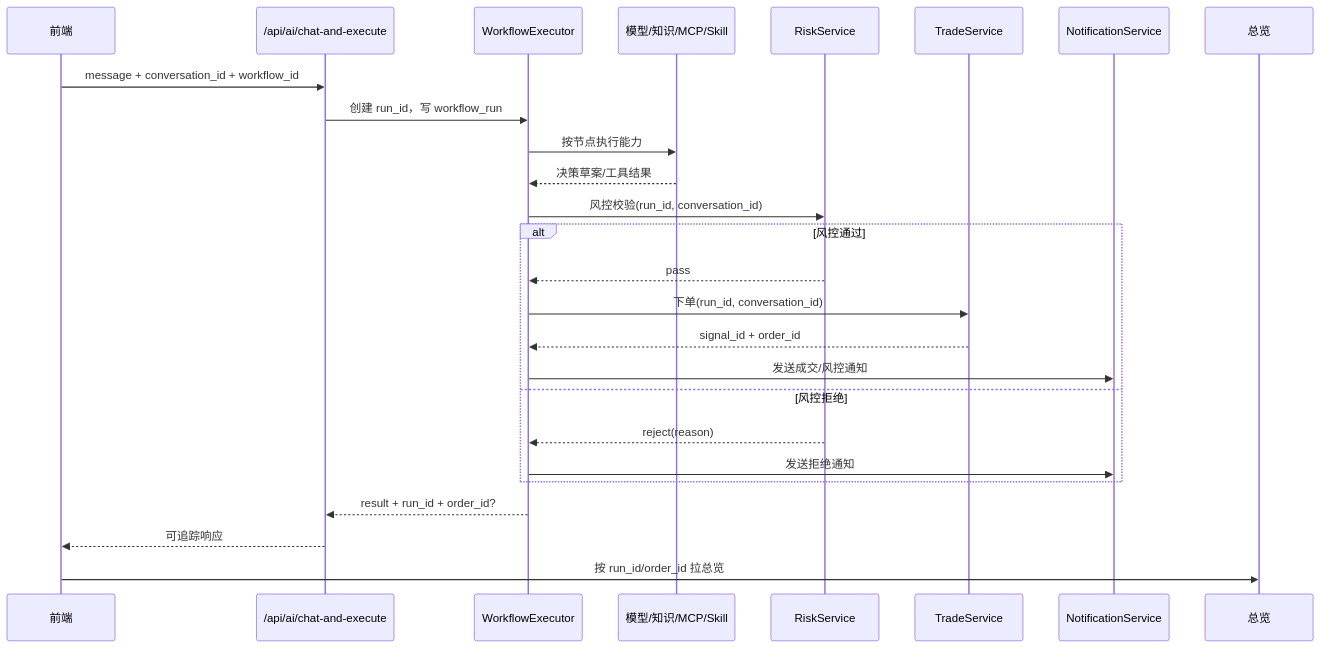
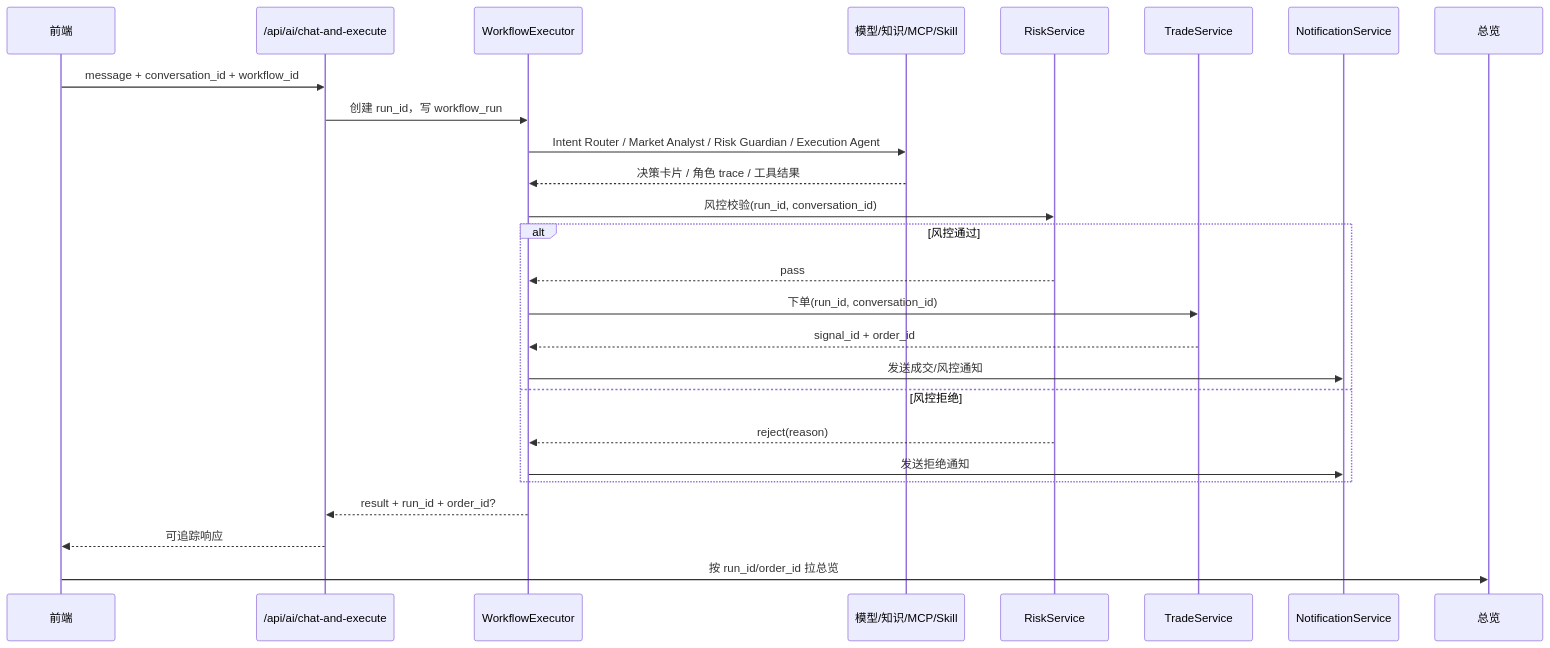
The third of 3 diagrams in README.md (267452/AITradeX), drawn with Mermaid before and after one commit. The commit also changed other lines of this file and 27 other files, not shown here.

Commit message:
Add execution approval system and improve agent capabilities

````diff
--- a/README.md
+++ b/README.md
@@ -76,29 +80,29 @@
 ```mermaid
 sequenceDiagram
 participant UI as 前端
 participant AI as /api/ai/chat-and-execute
 participant WF as WorkflowExecutor
 participant CAP as 模型/知识/MCP/Skill
 participant RISK as RiskService
 participant TRADE as TradeService
 participant NOTI as NotificationService
 participant MON as 总览
 
 UI->>AI: message + conversation_id + workflow_id
 AI->>WF: 创建 run_id，写 workflow_run
-WF->>CAP: 按节点执行能力
-CAP-->>WF: 决策草案/工具结果
+WF->>CAP: Intent Router / Market Analyst / Risk Guardian / Execution Agent
+CAP-->>WF: 决策卡片 / 角色 trace / 工具结果
 WF->>RISK: 风控校验(run_id, conversation_id)
 alt 风控通过
 RISK-->>WF: pass
 WF->>TRADE: 下单(run_id, conversation_id)
 TRADE-->>WF: signal_id + order_id
 WF->>NOTI: 发送成交/风控通知
 else 风控拒绝
 RISK-->>WF: reject(reason)
 WF->>NOTI: 发送拒绝通知
 end
 WF-->>AI: result + run_id + order_id?
 AI-->>UI: 可追踪响应
 UI->>MON: 按 run_id/order_id 拉总览
 ```
````
